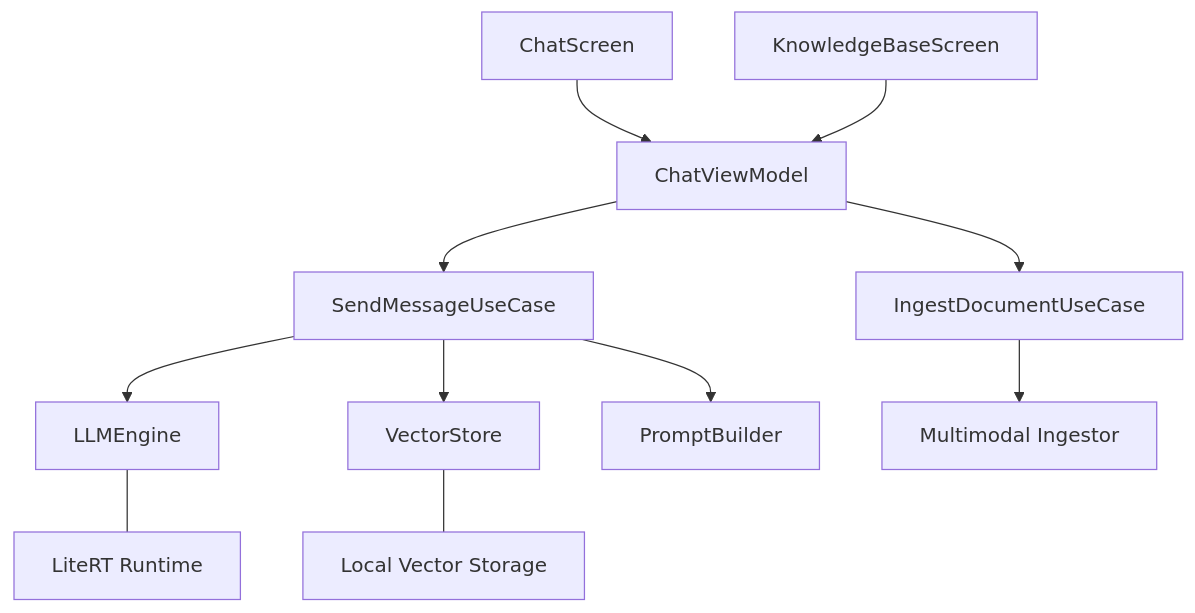
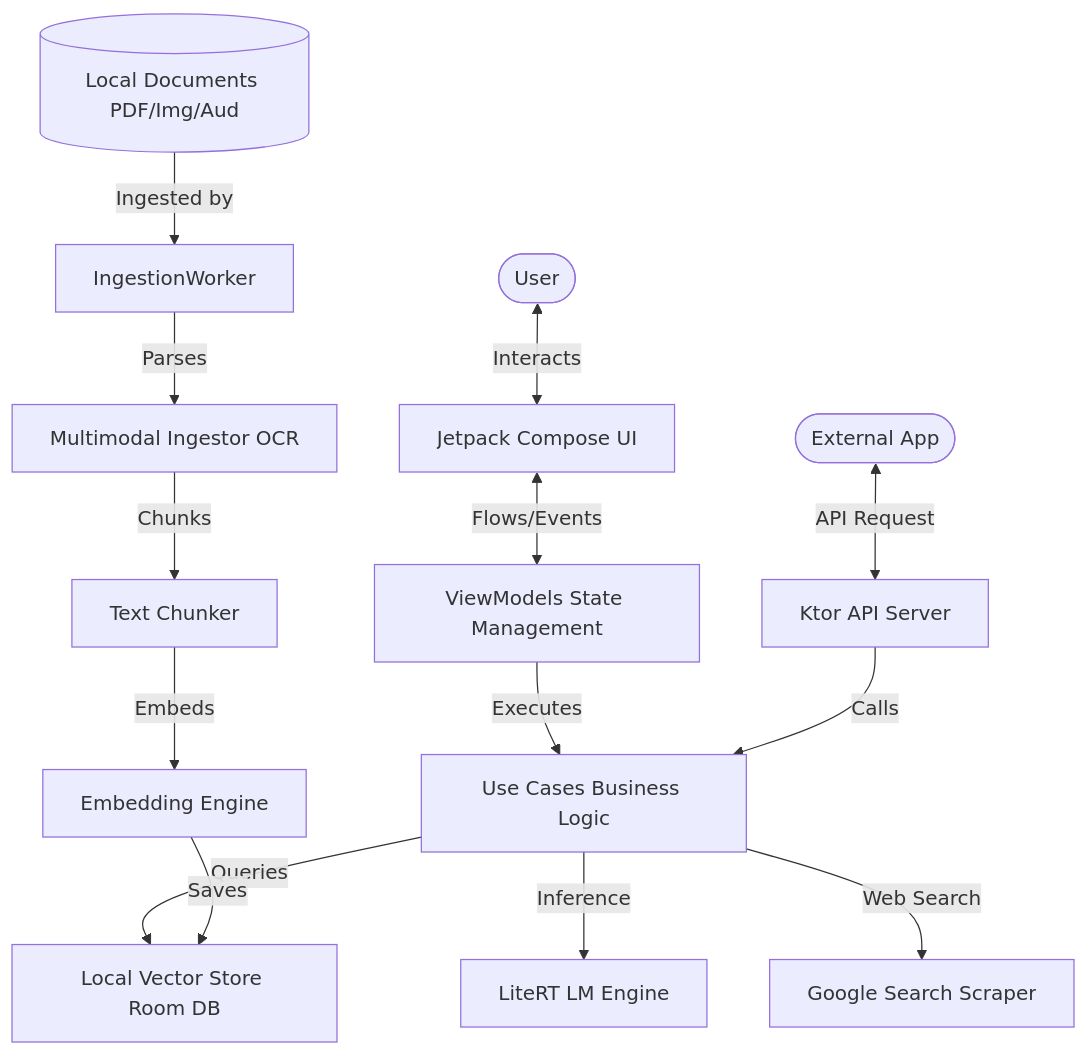
The first of 3 diagrams in README.md (kallolchakraborty/Chhanda-AI), drawn with Mermaid before and after one commit. The commit also changed other lines of this file and 1 other file, not shown here.

Commit message:
Replace README with detailed architectural documentation and delete architectural-design.md

````diff
--- a/README.md
+++ b/README.md
@@ -15,13 +26,18 @@
 ```mermaid
 graph TD
-    CS[ChatScreen] --> VM[ChatViewModel]
-    KS[KnowledgeBaseScreen] --> VM
-    VM --> SMU[SendMessageUseCase]
-    VM --> IDU[IngestDocumentUseCase]
-    SMU --> LE[LLMEngine]
-    SMU --> VS[VectorStore]
-    SMU --> PB[PromptBuilder]
-    LE --- RT[LiteRT Runtime]
-    VS --- LV[Local Vector Storage]
-    IDU --> AMI[Multimodal Ingestor]
+    User([User]) <-->|Interacts| UI[Jetpack Compose UI]
+    UI <-->|Flows/Events| VM[ViewModels State Management]
+    VM -->|Executes| UC[Use Cases Business Logic]
+    UC -->|Queries| VS[Local Vector Store Room DB]
+    UC -->|Inference| LE[LiteRT LM Engine]
+    UC -->|Web Search| GS[Google Search Scraper]
+    
+    Docs[(Local Documents PDF/Img/Aud)] -->|Ingested by| IW[IngestionWorker]
+    IW -->|Parses| MI[Multimodal Ingestor OCR]
+    MI -->|Chunks| TC[Text Chunker]
+    TC -->|Embeds| EE[Embedding Engine]
+    EE -->|Saves| VS
+    
+    ExternalApp([External App]) <-->|API Request| KS[Ktor API Server]
+    KS -->|Calls| UC
 ```
````
